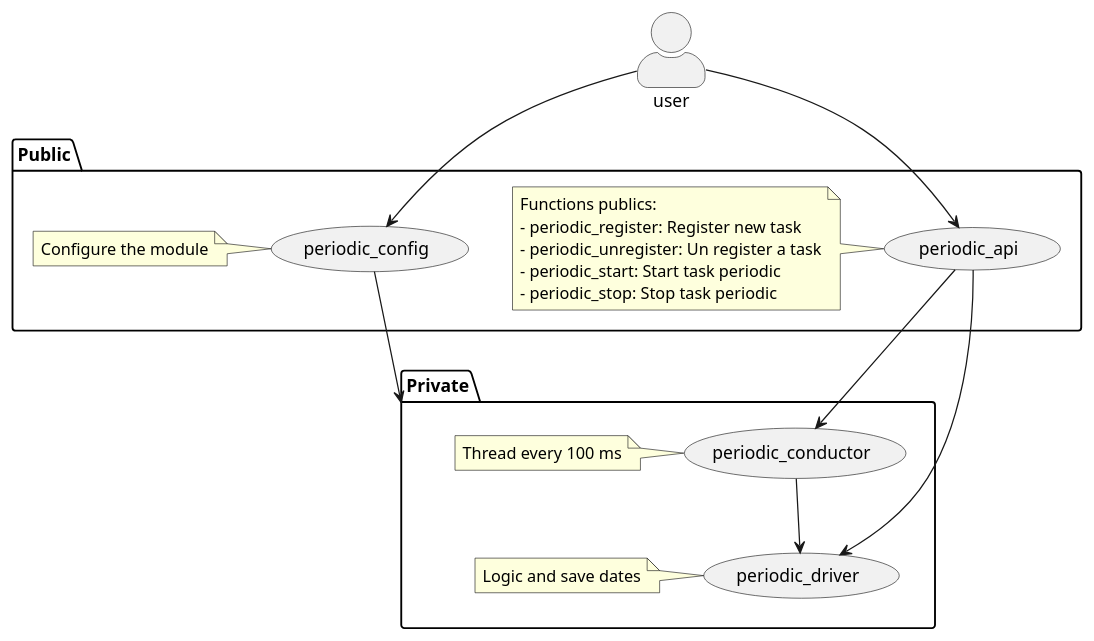
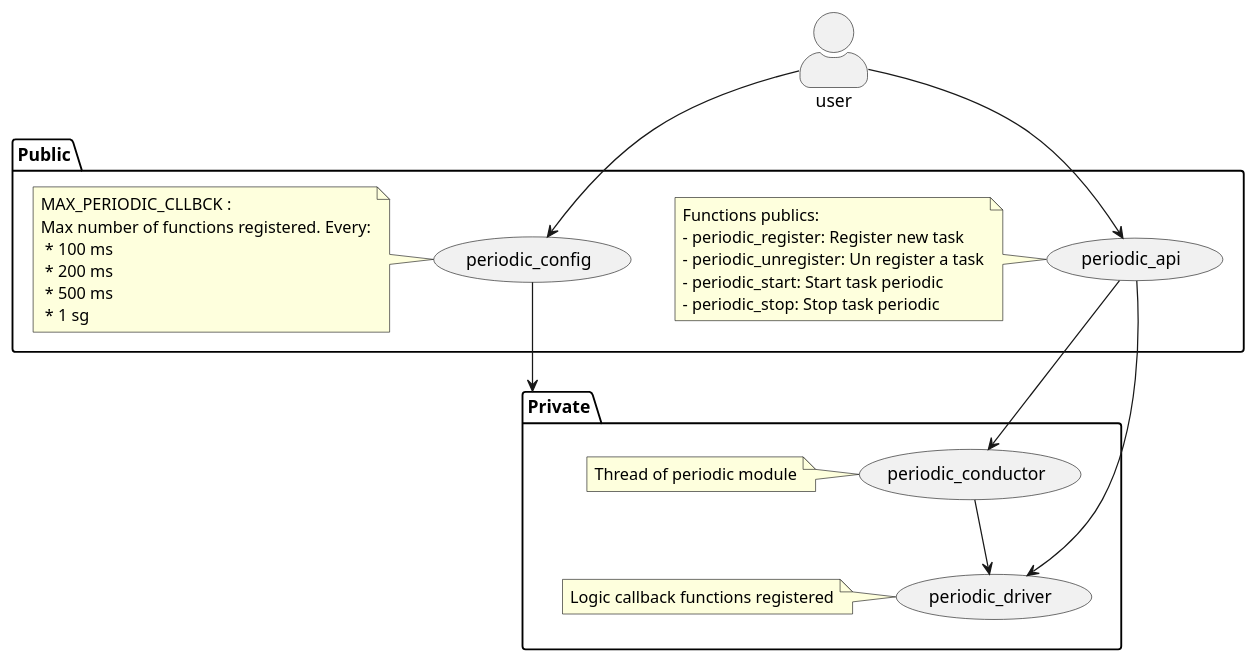
The diagram in Src/periodic/periodic_doc.puml (xuseto/kart), drawn with PlantUML before and after one commit. The commit also changed 9 other files, not shown here.

Commit message:
add diagrams

```diff
--- a/Src/periodic/periodic_doc.puml
+++ b/Src/periodic/periodic_doc.puml
@@ -1,42 +1,47 @@
 @startuml periodic
 
 
 skinparam actorStyle awesome
 actor user as programmer
 
 package Public {
     usecase "periodic_api"    as module_public1
     usecase "periodic_config" as module_public2
 
 note left of (module_public1)
     Functions publics:
     - periodic_register: Register new task
     - periodic_unregister: Un register a task
     - periodic_start: Start task periodic
     - periodic_stop: Stop task periodic
 end note
 note left of (module_public2)
-    Configure the module
+    MAX_PERIODIC_CLLBCK : 
+    Max number of functions registered. Every:
+     * 100 ms
+     * 200 ms
+     * 500 ms 
+     * 1 sg
 end note
 }
 
 package Private {
     usecase "periodic_conductor" as module_private1
     usecase "periodic_driver"    as module_private2
 
 note left of (module_private1)
-    Thread every 100 ms
+    Thread of periodic module
 end note
 note left of (module_private2)
-    Logic and save dates
+    Logic callback functions registered
 end note
 }
 
 programmer      --> module_public1
 programmer      --> module_public2
 module_public2  --> Private
 module_public1  --> module_private1
 module_public1  --> module_private2
 module_private1 --> module_private2
 
 @enduml
```
